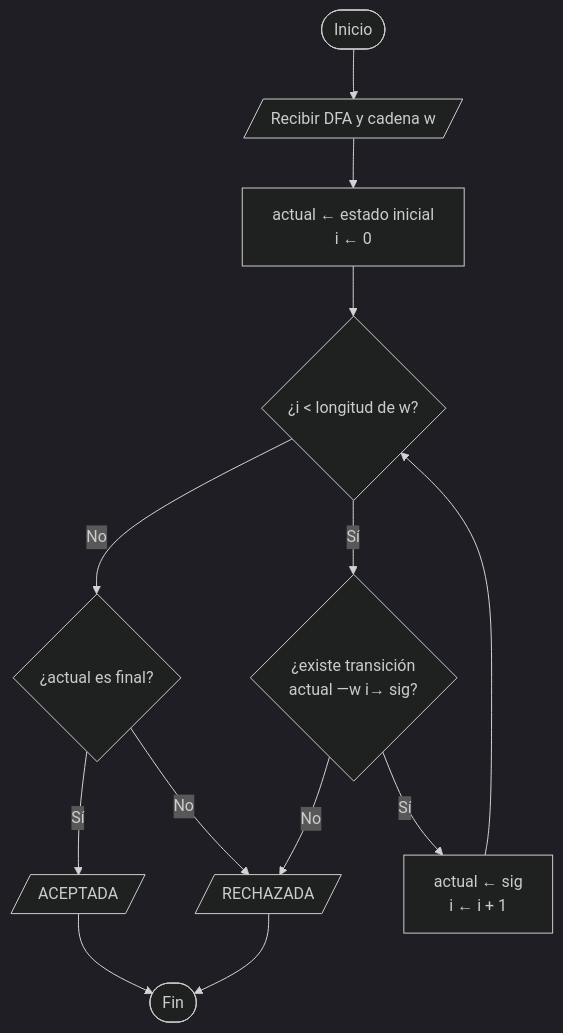
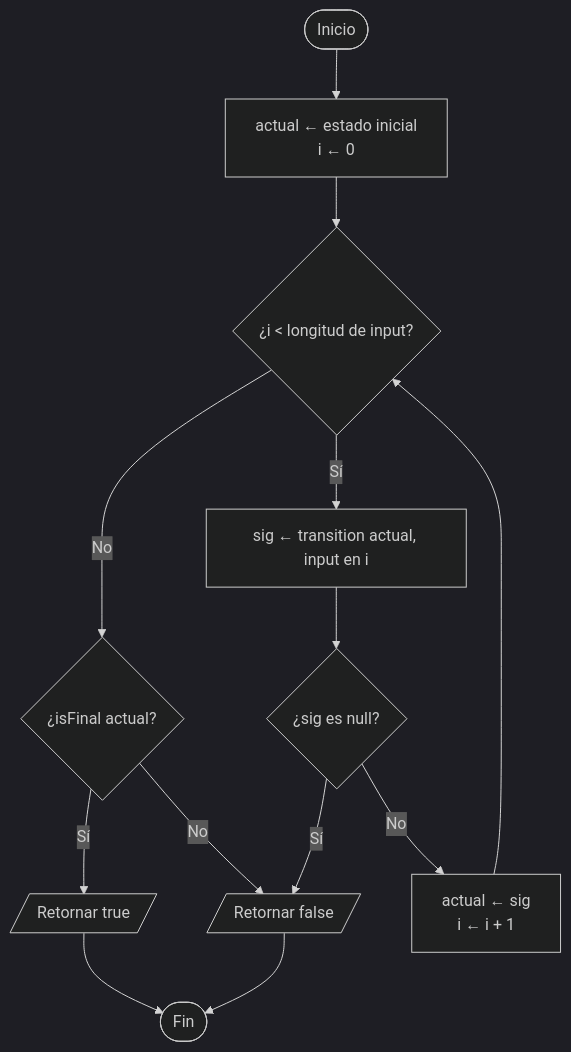
Before and after one commit to Leosanlo30/RegEx-to-DFA-Visualizer: the first of 2 diagrams in docs/diagramas/06-simulacion-dfa.md, drawn with Mermaid (dark theme). The commit also changed other lines of this file and 10 other files, not shown here.

Commit message:
docs: alinear diagramas de flujo con UML.md y REQUIREMENTS.md

````diff
--- a/docs/diagramas/06-simulacion-dfa.md
+++ b/docs/diagramas/06-simulacion-dfa.md
@@ -5,15 +8,15 @@
 ```mermaid
 flowchart TD
-    A([Inicio]) --> B[/Recibir DFA y cadena w/]
-    B --> C[actual ← estado inicial<br/>i ← 0]
-    C --> D{¿i < longitud de w?}
-    D -- No --> H{¿actual es final?}
-    H -- Sí --> ACC[/ACEPTADA/]
-    H -- No --> REJ[/RECHAZADA/]
-    D -- Sí --> E{¿existe transición<br/>actual —w i→ sig?}
-    E -- No --> REJ
-    E -- Sí --> F[actual ← sig<br/>i ← i + 1]
-    F --> D
+    A([Inicio]) --> B[actual ← estado inicial<br/>i ← 0]
+    B --> C{¿i < longitud de input?}
+    C -- No --> H{¿isFinal actual?}
+    H -- Sí --> ACC[/Retornar true/]
+    H -- No --> REJ[/Retornar false/]
+    C -- Sí --> D[sig ← transition actual, input en i]
+    D --> E{¿sig es null?}
+    E -- Sí --> REJ
+    E -- No --> F[actual ← sig<br/>i ← i + 1]
+    F --> C
     ACC --> Z([Fin])
     REJ --> Z
 ```
````
